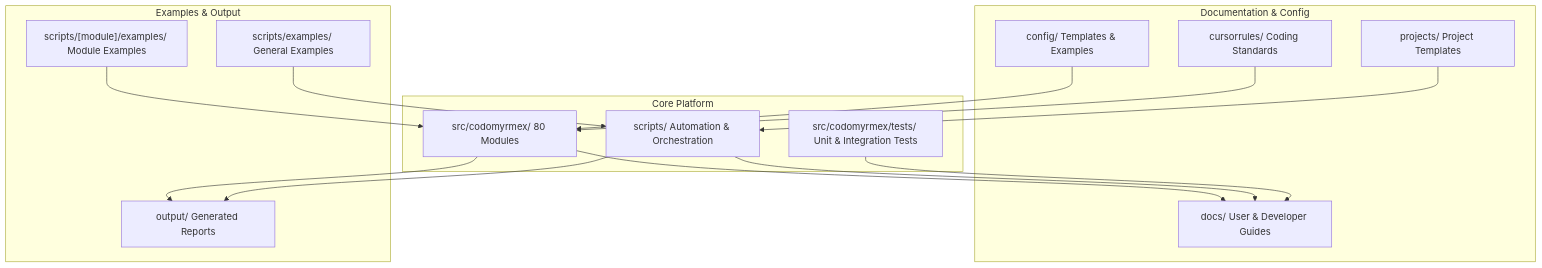
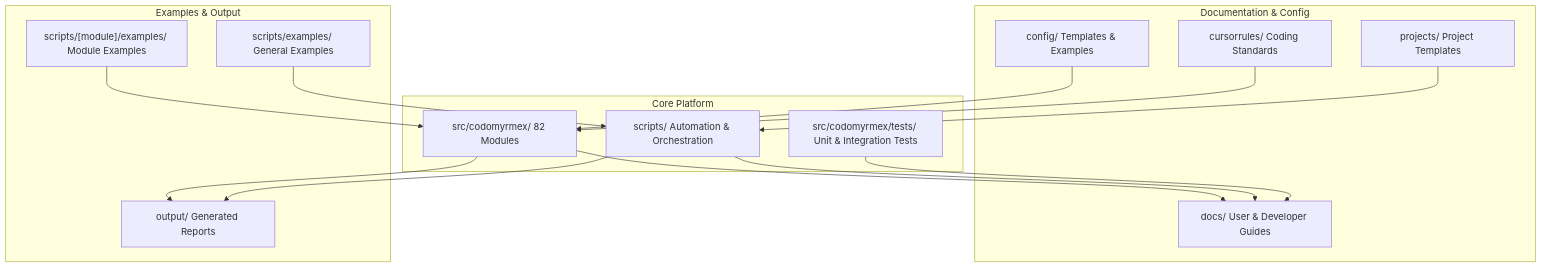
Before and after one commit to docxology/codomyrmex: the seventh of 12 diagrams in README.md, drawn with Mermaid. The commit also changed other lines of this file and 115 other files, not shown here.

````diff
--- a/README.md
+++ b/README.md
@@ -1026,32 +1026,32 @@
 ```mermaid
 graph TD
     subgraph corePlatform ["Core Platform"]
-        CoreSrc["src/codomyrmex/ 80 Modules"]
+        CoreSrc["src/codomyrmex/ 82 Modules"]
         CoreScripts["scripts/ Automation & Orchestration"]
         CoreTests["src/codomyrmex/tests/ Unit & Integration Tests"]
     end
 
     subgraph docsConfig ["Documentation & Config"]
         Docs["docs/ User & Developer Guides"]
         Config["config/ Templates & Examples"]
         Rules["cursorrules/ Coding Standards"]
         Projects["projects/ Project Templates"]
     end
 
     subgraph examplesOutput ["Examples & Output"]
         ModuleExamples["scripts/[module]/examples/ Module Examples"]
         Output["output/ Generated Reports"]
         ScriptsExamples["scripts/examples/ General Examples"]
     end
 
     CoreSrc --> Docs
     CoreScripts --> Docs
     CoreTests --> Docs
     Config --> CoreSrc
     Rules --> CoreSrc
     Projects --> CoreScripts
     ModuleExamples --> CoreSrc
     ScriptsExamples --> CoreScripts
     CoreSrc --> Output
     CoreScripts --> Output
 ```
````
